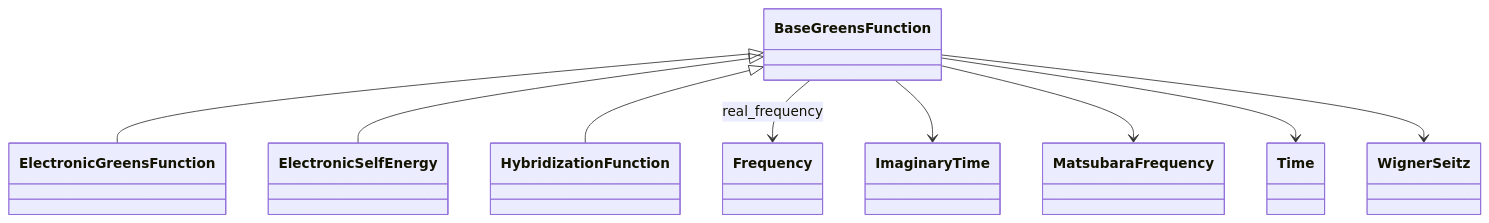
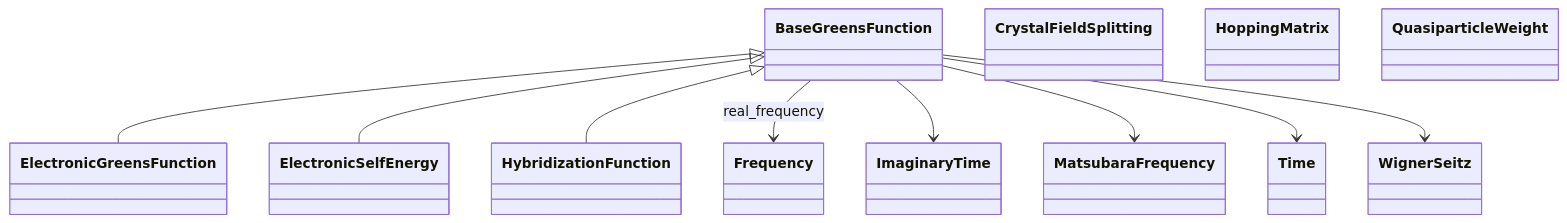
One commit to FAIRmat-NFDI/nomad-simulations changed the diagram in docs/schema/manybody_properties.diagram.md. Above: the diagram before and after it, drawn with Mermaid. The commit also changed other lines of this file and 92 other files, not shown here.

````diff
--- a/docs/schema/manybody_properties.diagram.md
+++ b/docs/schema/manybody_properties.diagram.md
@@ -16,29 +16,35 @@
 ```mermaid
 classDiagram
     class BaseGreensFunction {
+    }
+    class CrystalFieldSplitting {
     }
     class ElectronicGreensFunction {
     }
     class ElectronicSelfEnergy {
     }
     class Frequency {
     }
+    class HoppingMatrix {
+    }
     class HybridizationFunction {
     }
     class ImaginaryTime {
     }
     class MatsubaraFrequency {
+    }
+    class QuasiparticleWeight {
     }
     class Time {
     }
     class WignerSeitz {
     }
     BaseGreensFunction <|-- ElectronicGreensFunction
     BaseGreensFunction <|-- ElectronicSelfEnergy
     BaseGreensFunction <|-- HybridizationFunction
     BaseGreensFunction --> Frequency : real_frequency
     BaseGreensFunction --> ImaginaryTime
     BaseGreensFunction --> MatsubaraFrequency
     BaseGreensFunction --> Time
     BaseGreensFunction --> WignerSeitz
 ```
````
